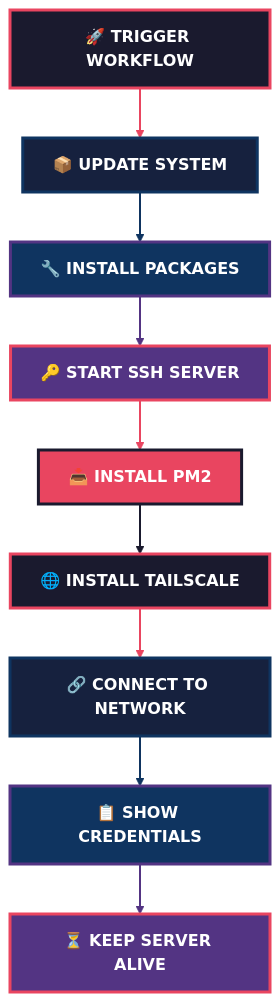
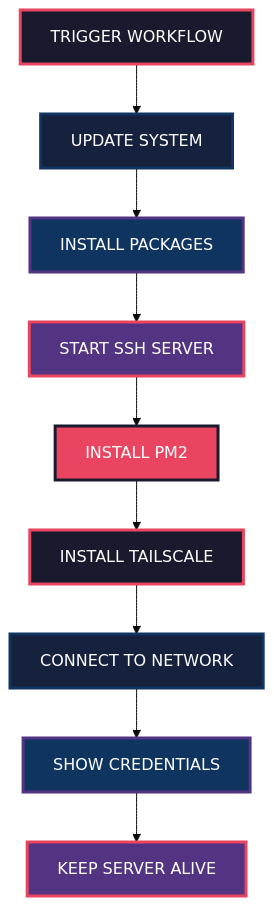
The diagram in README.md (V4NNThrift/ngonto15), drawn with Mermaid (base theme) before and after one commit. The commit also changed other lines of this file, not shown here.

````diff
--- a/README.md
+++ b/README.md
@@ -370,30 +352,21 @@
 ```mermaid
 flowchart TD
-    A["<b>🚀 TRIGGER WORKFLOW</b>"] --> B["<b>📦 UPDATE SYSTEM</b>"]
-    B --> C["<b>🔧 INSTALL PACKAGES</b>"]
-    C --> D["<b>🔑 START SSH SERVER</b>"]
-    D --> E["<b>📥 INSTALL PM2</b>"]
-    E --> F["<b>🌐 INSTALL TAILSCALE</b>"]
-    F --> G["<b>🔗 CONNECT TO NETWORK</b>"]
-    G --> H["<b>📋 SHOW CREDENTIALS</b>"]
-    H --> I["<b>⏳ KEEP SERVER ALIVE</b>"]
+    A["TRIGGER WORKFLOW"] --> B["UPDATE SYSTEM"]
+    B --> C["INSTALL PACKAGES"]
+    C --> D["START SSH SERVER"]
+    D --> E["INSTALL PM2"]
+    E --> F["INSTALL TAILSCALE"]
+    F --> G["CONNECT TO NETWORK"]
+    G --> H["SHOW CREDENTIALS"]
+    H --> I["KEEP SERVER ALIVE"]
     
     style A fill:#1a1a2e,stroke:#e94560,color:#fff,stroke-width:3px
     style B fill:#16213e,stroke:#0f3460,color:#fff,stroke-width:3px
     style C fill:#0f3460,stroke:#533483,color:#fff,stroke-width:3px
     style D fill:#533483,stroke:#e94560,color:#fff,stroke-width:3px
     style E fill:#e94560,stroke:#1a1a2e,color:#fff,stroke-width:3px
     style F fill:#1a1a2e,stroke:#e94560,color:#fff,stroke-width:3px
     style G fill:#16213e,stroke:#0f3460,color:#fff,stroke-width:3px
     style H fill:#0f3460,stroke:#533483,color:#fff,stroke-width:3px
     style I fill:#533483,stroke:#e94560,color:#fff,stroke-width:3px
-    
-    linkStyle 0 stroke:#e94560,stroke-width:2px,fill:none
-    linkStyle 1 stroke:#0f3460,stroke-width:2px,fill:none
-    linkStyle 2 stroke:#533483,stroke-width:2px,fill:none
-    linkStyle 3 stroke:#e94560,stroke-width:2px,fill:none
-    linkStyle 4 stroke:#1a1a2e,stroke-width:2px,fill:none
-    linkStyle 5 stroke:#e94560,stroke-width:2px,fill:none
-    linkStyle 6 stroke:#0f3460,stroke-width:2px,fill:none
-    linkStyle 7 stroke:#533483,stroke-width:2px,fill:none
 ```
````
